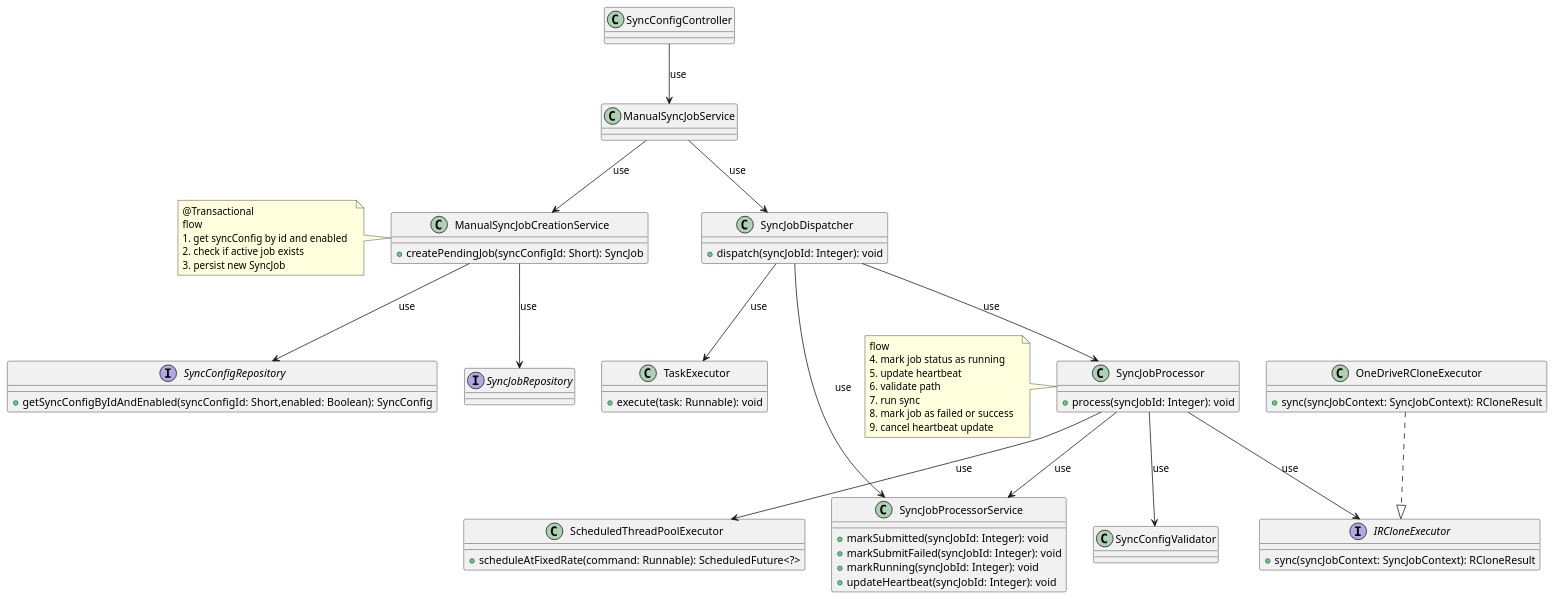
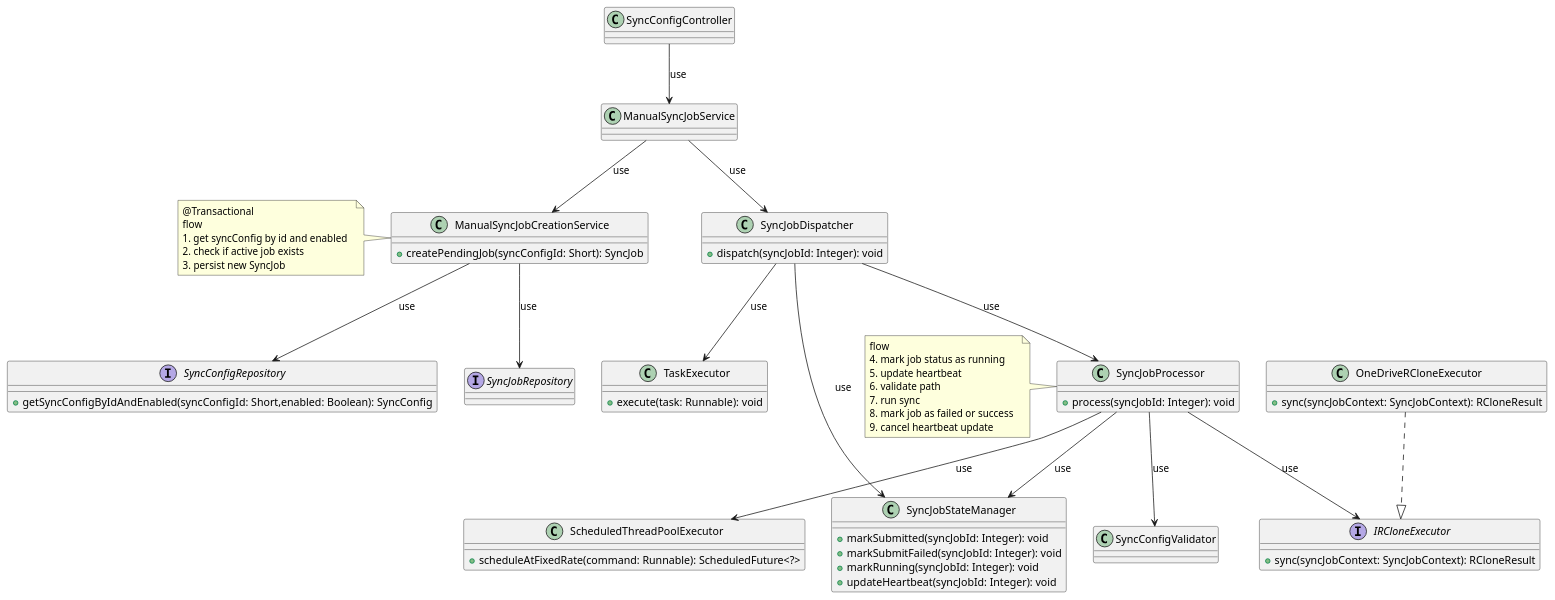
One commit to huyhai1994/personal-cloud-sync changed the sixth of 9 diagrams in Readme.md. Above: the diagram before and after it, drawn with PlantUML. The commit also changed other lines of this file, not shown here.

```diff
--- a/Readme.md
+++ b/Readme.md
@@ -731,7 +731,7 @@
     9. cancel heartbeat update  
 end note  
   
-class SyncJobProcessorService{  
+class SyncJobStateManager{  
     +markSubmitted(syncJobId: Integer): void  
     +markSubmitFailed(syncJobId: Integer): void  
     +markRunning(syncJobId: Integer): void  
@@ -766,13 +766,13 @@
   
 SyncJobDispatcher --> TaskExecutor: use  
 SyncJobDispatcher --> SyncJobProcessor: use  
-SyncJobDispatcher --> SyncJobProcessorService: use  
+SyncJobDispatcher --> SyncJobStateManager: use  
   
 ManualSyncJobCreationService --> SyncConfigRepository: use  
 ManualSyncJobCreationService --> SyncJobRepository: use  
   
 SyncJobProcessor --> IRCloneExecutor: use  
-SyncJobProcessor --> SyncJobProcessorService : use  
+SyncJobProcessor --> SyncJobStateManager : use  
 SyncJobProcessor --> SyncConfigValidator: use  
 SyncJobProcessor --> ScheduledThreadPoolExecutor: use  
   
```
